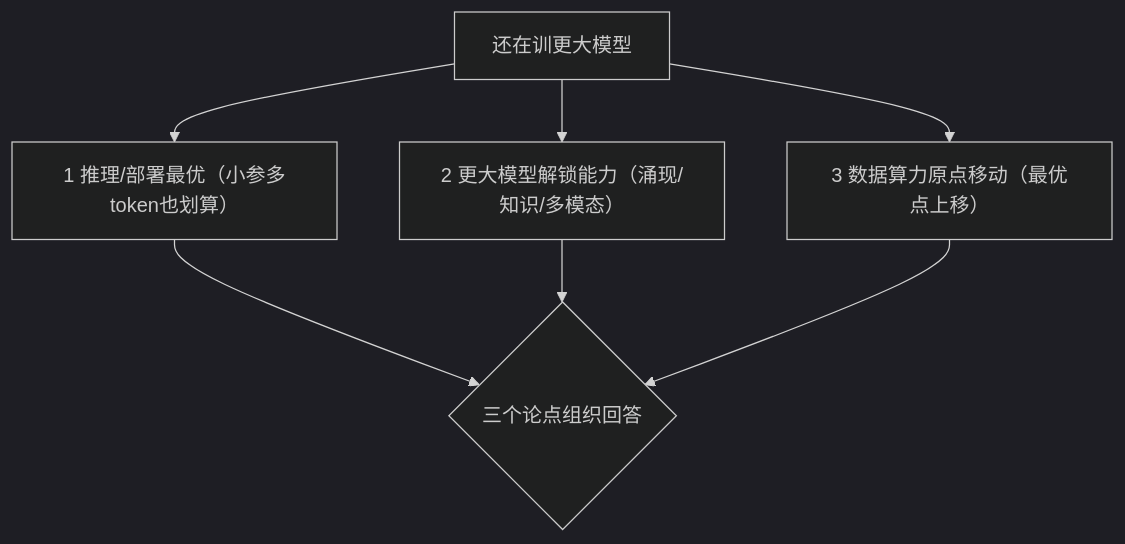
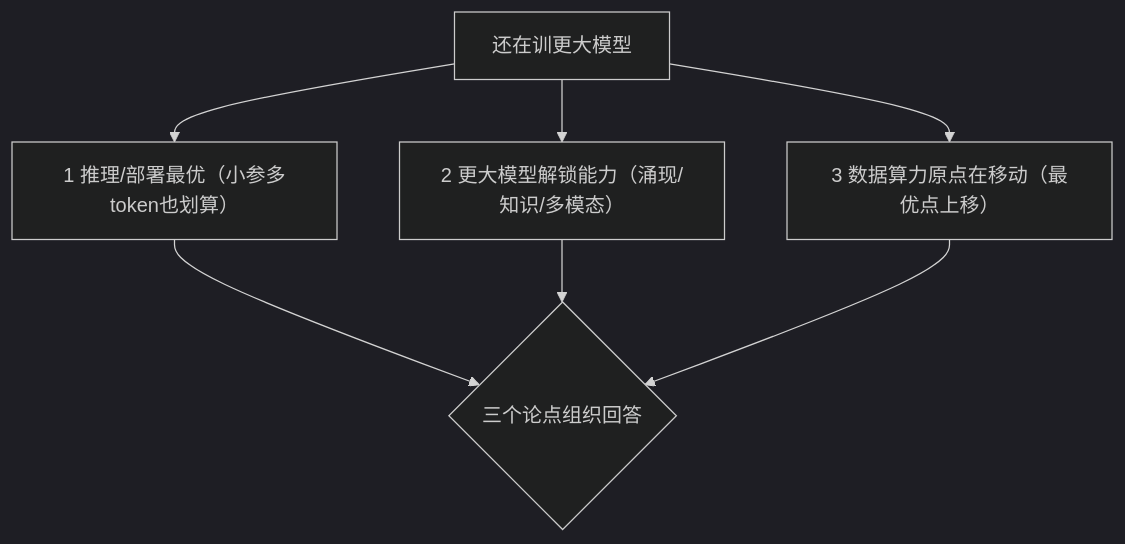
Before and after one commit to wizardforcel/llm-interview-qa-500: diagram 30 of 30 in docs/ch8.md, drawn with Mermaid (dark theme). The commit also changed other lines of this file, not shown here.

Commit message:
润色第8章（Scaling Laws）：表述级润色，只改表述不动语义。补章首总述，术语首次出现加大白话解释，拆电报体长句，Q间加过渡，修整笔误。题干、公式、数字、30个代码块与30个mermaid原样保留。

````diff
--- a/docs/ch8.md
+++ b/docs/ch8.md
@@ -984,9 +1016,9 @@
 ```mermaid
 flowchart TB
     A["还在训更大模型"] --> B["1 推理/部署最优（小参多token也划算）"]
     A --> C["2 更大模型解锁能力（涌现/知识/多模态）"]
-    A --> D["3 数据算力原点移动（最优点上移）"]
+    A --> D["3 数据算力原点在移动（最优点上移）"]
     B --> E{"三个论点组织回答"}
     C --> E
     D --> E
 ```
````
